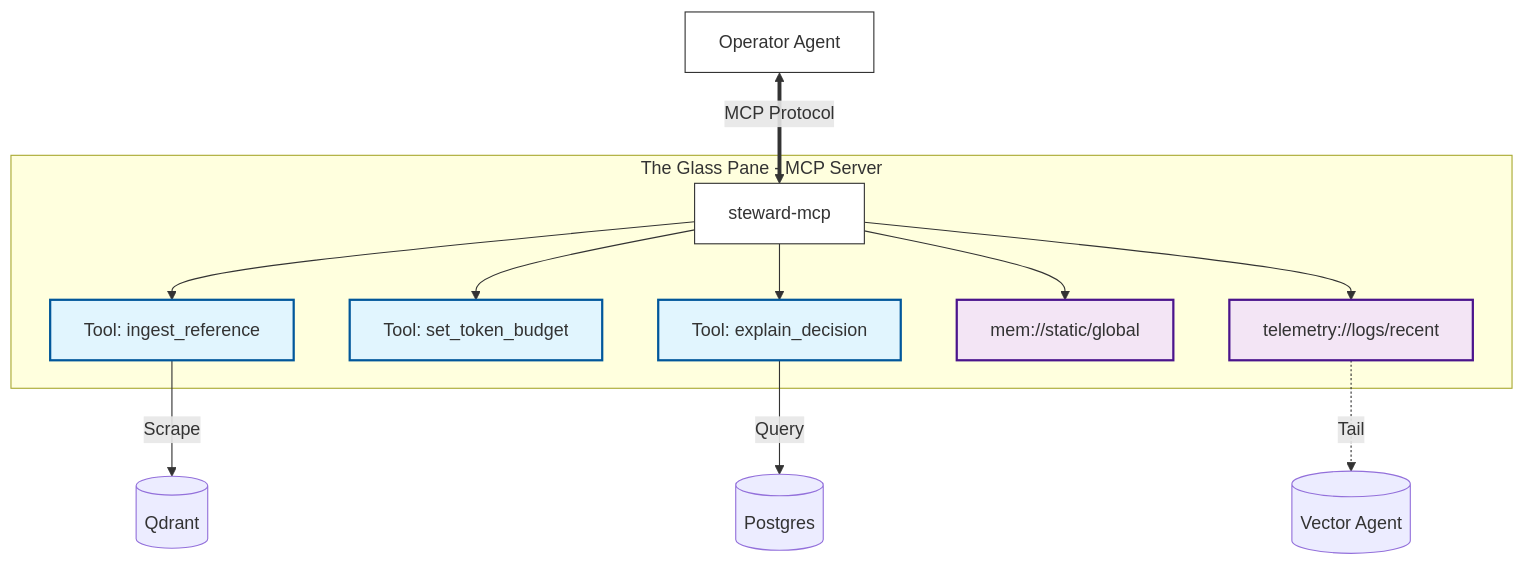
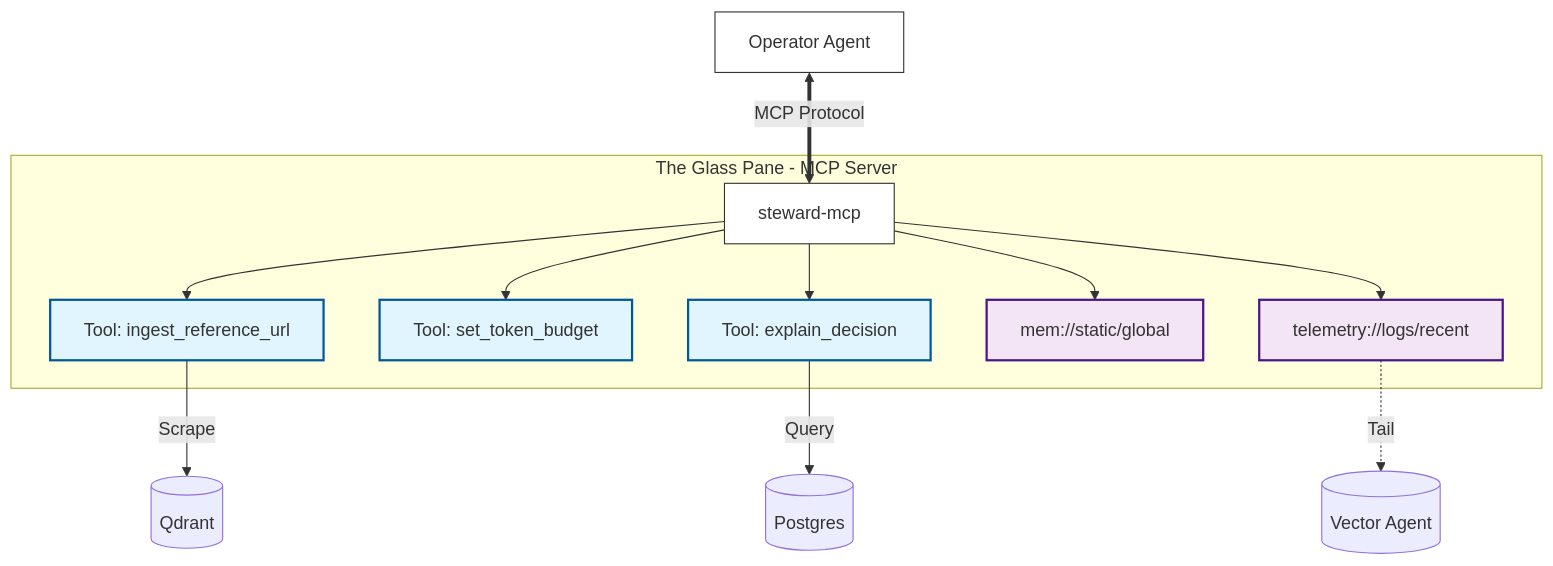
The third of 3 diagrams in docs/WHITEPAPER.md (homel-dev/memory-steward), drawn with Mermaid before and after one commit. The commit also changed other lines of this file, not shown here.

````diff
--- a/docs/WHITEPAPER.md
+++ b/docs/WHITEPAPER.md
@@ -158,32 +157,32 @@
-~~~mermaid
+```mermaid
 graph TD
     Operator[Operator Agent]
 
     subgraph "The Glass Pane - MCP Server"
         MCP[steward-mcp]
-        T1[Tool: ingest_reference]
+        T1[Tool: ingest_reference_url]
         T2[Tool: set_token_budget]
         T3[Tool: explain_decision]
         R1[mem://static/global]
         R2[telemetry://logs/recent]
     end
 
     classDef plain fill:#ffffff,stroke:#333333,stroke-width:1px;
     classDef tool fill:#e1f5fe,stroke:#01579b,stroke-width:2px;
     classDef res fill:#f3e5f5,stroke:#4a148c,stroke-width:2px;
 
     class Operator,MCP plain;
     class T1,T2,T3 tool;
     class R1,R2 res;
 
     Operator <==>|MCP Protocol| MCP
     MCP --> T1
     MCP --> T2
     MCP --> T3
     MCP --> R1
     MCP --> R2
 
     T1 -->|Scrape| Qdrant[(Qdrant)]
     T3 -->|Query| Postgres[(Postgres)]
     R2 -.->|Tail| Logs[(Vector Agent)]
-~~~
+```
````
